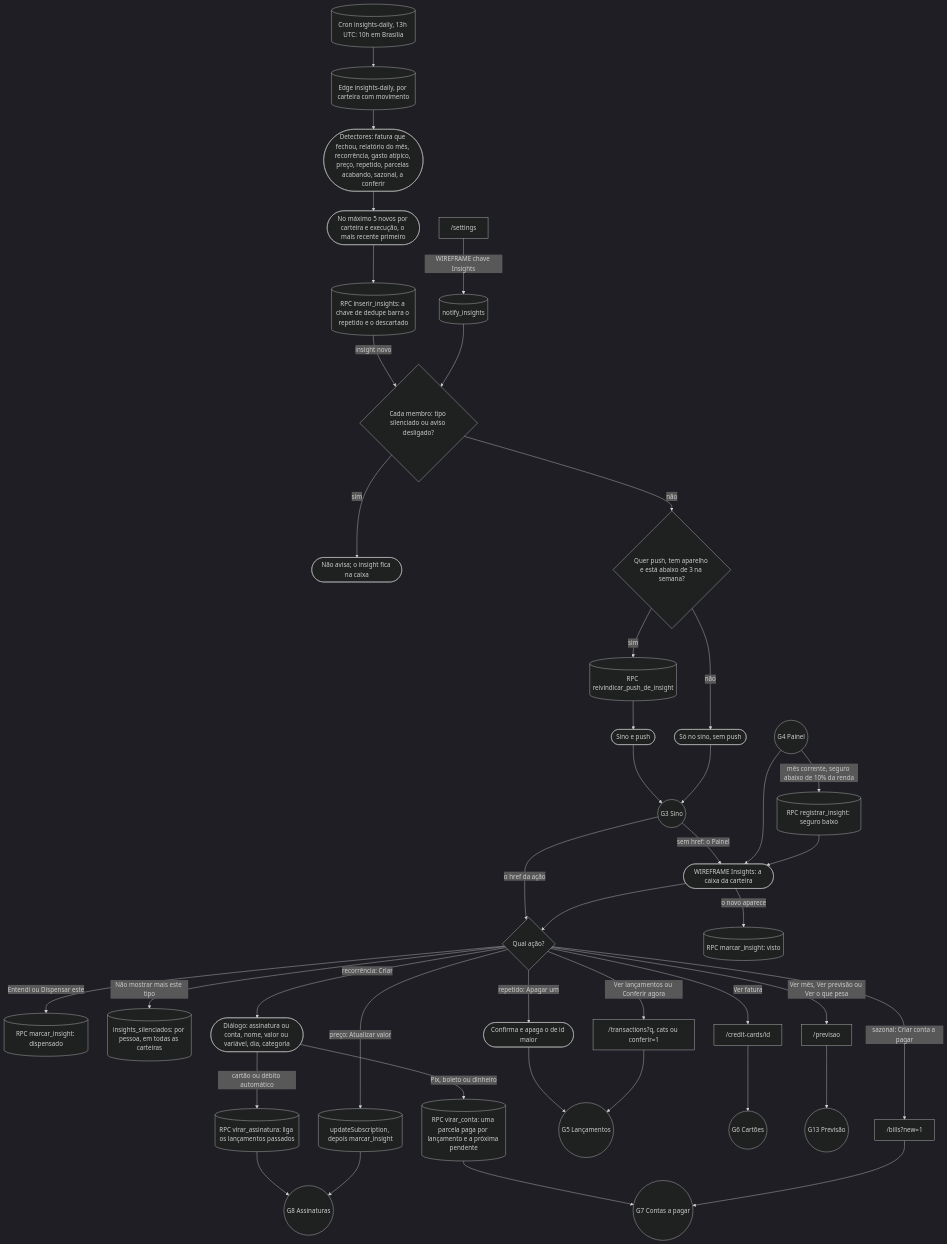
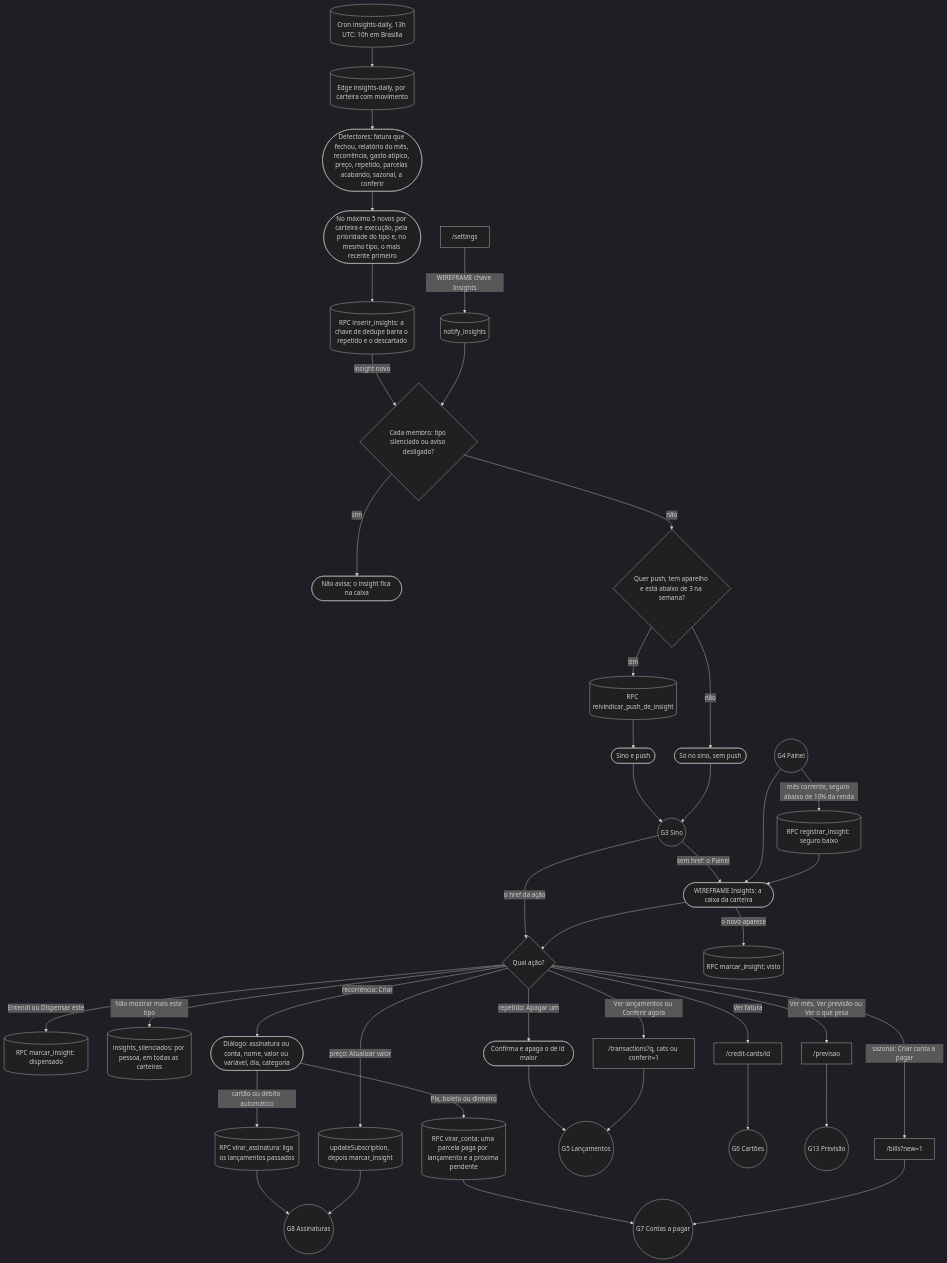
Before and after one commit to kauax2000/finance_app: diagram 19 of 19 in docs/JORNADAS.md, drawn with Mermaid. The commit also changed other lines of this file and 14 other files, not shown here.

````diff
--- a/docs/JORNADAS.md
+++ b/docs/JORNADAS.md
@@ -1352,44 +1352,44 @@
 ```mermaid
 %%{init: {"theme": "dark"}}%%
 flowchart TD
     cron[("Cron insights-daily, 13h UTC: 10h em Brasília")] --> daily[("Edge insights-daily, por carteira com movimento")]
     daily --> achados(["Detectores: fatura que fechou, relatório do mês, recorrência, gasto atípico, preço, repetido, parcelas acabando, sazonal, a conferir"])
-    achados --> corte(["No máximo 5 novos por carteira e execução, o mais recente primeiro"])
+    achados --> corte(["No máximo 5 novos por carteira e execução, pela prioridade do tipo e, no mesmo tipo, o mais recente primeiro"])
     corte --> grava[("RPC inserir_insights: a chave de dedupe barra o repetido e o descartado")]
     grava -->|"insight novo"| quem{"Cada membro: tipo silenciado ou aviso desligado?"}
     settings["/settings"] -->|"WIREFRAME chave Insights"| prefsIns[("notify_insights")]
     prefsIns --> quem
     quem -->|"sim"| sem(["Não avisa; o insight fica na caixa"])
     quem -->|"não"| teto{"Quer push, tem aparelho e está abaixo de 3 na semana?"}
     teto -->|"sim"| claim[("RPC reivindicar_push_de_insight")] --> push(["Sino e push"])
     teto -->|"não"| inapp(["Só no sino, sem push"])
     push --> bell(("G3 Sino"))
     inapp --> bell
     bell -->|"o href da ação"| acao
     bell -->|"sem href: o Painel"| caixa
 
     dash(("G4 Painel")) --> caixa(["WIREFRAME Insights: a caixa da carteira"])
     dash -->|"mês corrente, seguro abaixo de 10% da renda"| reg[("RPC registrar_insight: seguro baixo")]
     reg --> caixa
     caixa -->|"o novo aparece"| visto[("RPC marcar_insight: visto")]
     caixa --> acao{"Qual ação?"}
     acao -->|"Entendi ou Dispensar este"| dispensa[("RPC marcar_insight: dispensado")]
     acao -->|"Não mostrar mais este tipo"| silencia[("insights_silenciados: por pessoa, em todas as carteiras")]
     acao -->|"recorrência: Criar"| dialogo(["Diálogo: assinatura ou conta, nome, valor ou variável, dia, categoria"])
     dialogo -->|"cartão ou débito automático"| virarAss[("RPC virar_assinatura: liga os lançamentos passados")]
     dialogo -->|"Pix, boleto ou dinheiro"| virarConta[("RPC virar_conta: uma parcela paga por lançamento e a próxima pendente")]
     virarAss --> G8(("G8 Assinaturas"))
     virarConta --> G7(("G7 Contas a pagar"))
     acao -->|"preço: Atualizar valor"| preco[("updateSubscription, depois marcar_insight")]
     preco --> G8
     acao -->|"repetido: Apagar um"| apaga(["Confirma e apaga o de id maior"])
     apaga --> G5(("G5 Lançamentos"))
     acao -->|"Ver lançamentos ou Conferir agora"| lista["/transactions?q, cats ou conferir=1"]
     lista --> G5
     acao -->|"Ver fatura"| fatura["/credit-cards/id"]
     fatura --> G6(("G6 Cartões"))
     acao -->|"Ver mês, Ver previsão ou Ver o que pesa"| prev["/previsao"]
     prev --> G13(("G13 Previsão"))
     acao -->|"sazonal: Criar conta a pagar"| novaConta["/bills?new=1"]
     novaConta --> G7
 ```
````
